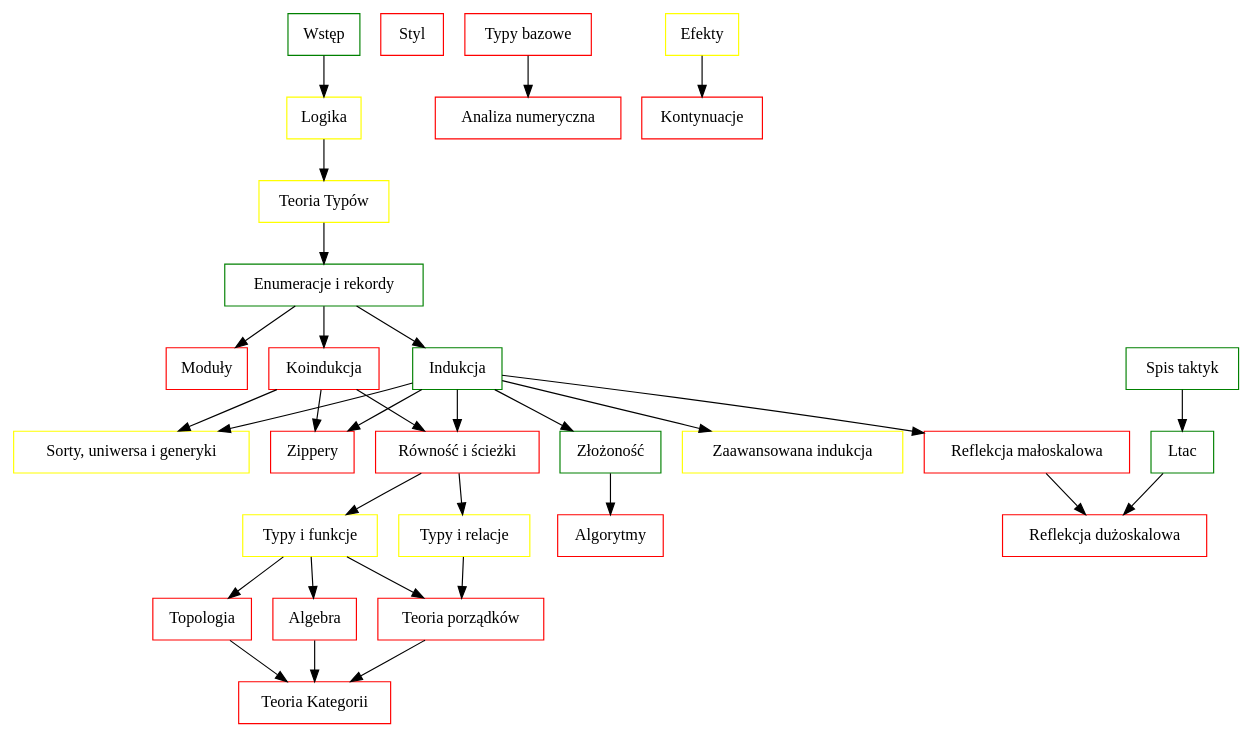
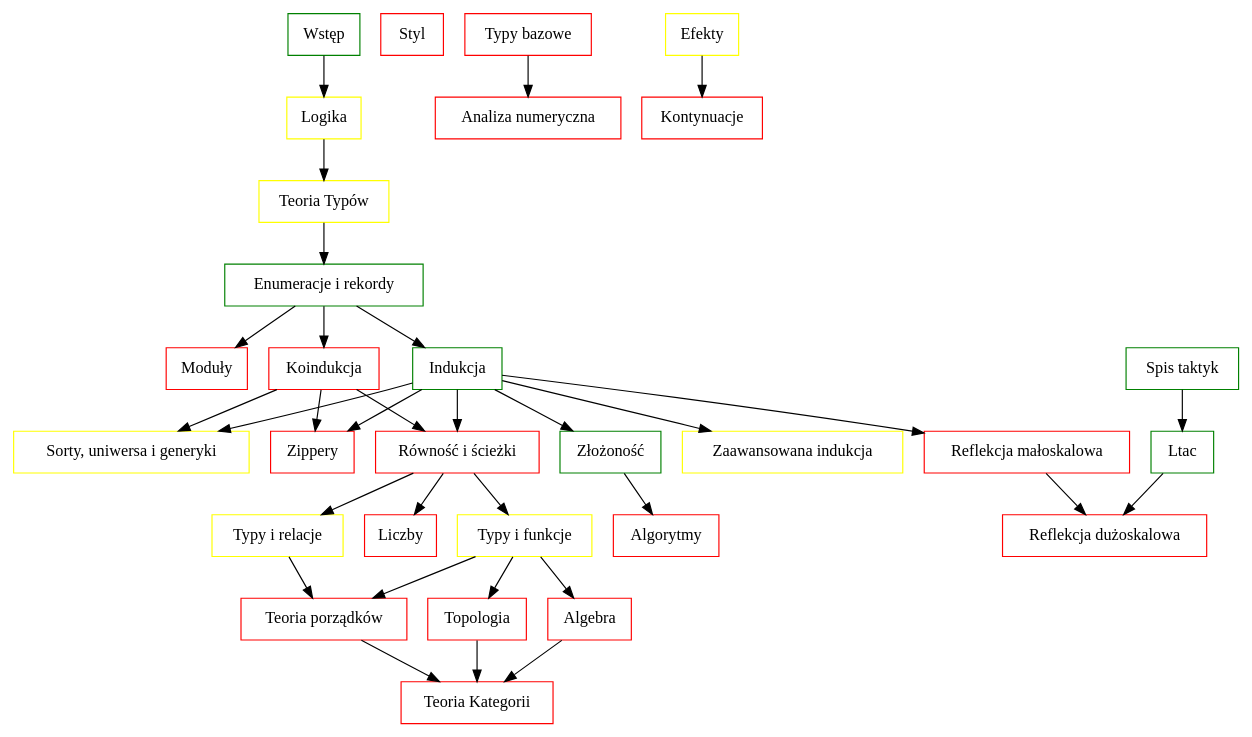
The diagram in txt/plany/plan.dot (wkolowski/Typonomikon), drawn with Graphviz before and after one commit. The commit also changed 40 other files, not shown here.

```diff
--- a/txt/plany/plan.dot
+++ b/txt/plany/plan.dot
@@ -1,74 +1,75 @@
 digraph
 {
   node[shape=rectangle]
 
   Wstęp             [label = "Wstęp", color = green]
   
   Logika            [label = "Logika", color = yellow]
 
   TeoriaTypów       [label = "Teoria Typów", color = yellow]
 
   EnumRec           [label = "Enumeracje i rekordy", color = green]
   
   Moduły            [label = "Moduły", color = red]
   Styl              [label = "Styl", color = red]
   Bazowe            [label = "Typy bazowe", color = red]
   Numerki           [label = "Analiza numeryczna", color = red]
 
   Indukcja          [label = "Indukcja", color = green]
   Indukcja2         [label = "Zaawansowana indukcja", color = yellow]
   Zippery           [label = "Zippery", color = red]
   Uniwersa          [label = "Sorty, uniwersa i generyki", color = yellow]
 
   Koindukcja        [label = "Koindukcja", color = red]
 
   Ścieżki           [label = "Równość i ścieżki", color = red]
 
   Funkcje           [label = "Typy i funkcje", color = yellow]
   Relacje           [label = "Typy i relacje", color = yellow]
+  Liczby            [label = "Liczby", color = red]
 
   Algebra           [label = "Algebra", color = red]
   Porządki          [label = "Teoria porządków", color = red]
   Topologia         [label = "Topologia", color = red]
   Kategorie         [label = "Teoria Kategorii", color = red]
 
   Kontynuacje       [label = "Kontynuacje", color = red]
   Efekty            [label = "Efekty", color = yellow]
 
   Złożoność         [label = "Złożoność", color = green]
   Algorytmy         [label = "Algorytmy", color = red]
 
   Reflekcja1        [label = "Reflekcja małoskalowa", color = red]
   Taktyki           [label = "Spis taktyk", color = green]
   Ltac              [label = "Ltac", color = green]
   Reflekcja2        [label = "Reflekcja dużoskalowa", color = red]
 
 
 
   Wstęp             -> Logika
 
   Logika            -> TeoriaTypów
   TeoriaTypów       -> EnumRec
 
   EnumRec           -> Indukcja, Koindukcja, Moduły
   Indukcja          -> Zippery, Uniwersa, Indukcja2, Ścieżki, Złożoność, Reflekcja1
   Koindukcja        -> Zippery, Uniwersa, Ścieżki
 
-  Ścieżki           -> Funkcje, Relacje
+  Ścieżki           -> Funkcje, Relacje, Liczby
   Funkcje           -> Porządki, Algebra, Topologia
   Relacje           -> Porządki
 
   Algebra           -> Kategorie
   Porządki          -> Kategorie
   Topologia         -> Kategorie
 
   Reflekcja1        -> Reflekcja2
   Taktyki           -> Ltac
   Ltac              -> Reflekcja2
 
   Efekty            -> Kontynuacje
 
   Złożoność         -> Algorytmy
 
   Bazowe            -> Numerki
 }
```
